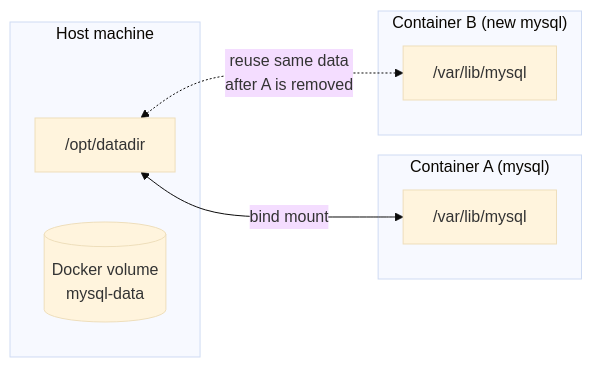
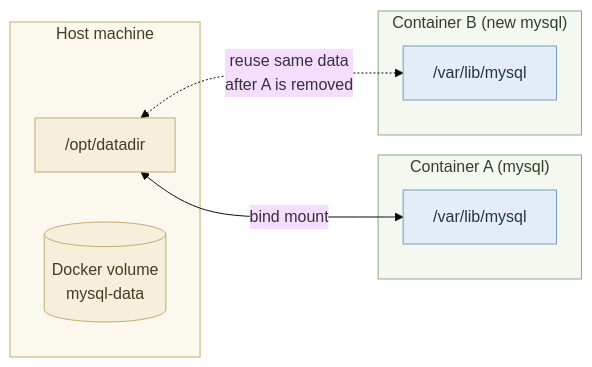
One commit to saurabhchachre013/docker101 changed the eighth of 10 diagrams in Docker101.md. Above: the diagram before and after it, drawn with Mermaid (base theme). The commit also changed other lines of this file and 2 other files, not shown here.

````diff
--- a/Docker101.md
+++ b/Docker101.md
@@ -402,15 +480,23 @@
 ```mermaid
 flowchart LR
     subgraph Host["Host machine"]
         HD["/opt/datadir"]
         VOL[("Docker volume<br/>mysql-data")]
     end
     subgraph C1["Container A (mysql)"]
         P1["/var/lib/mysql"]
     end
     subgraph C2["Container B (new mysql)"]
         P2["/var/lib/mysql"]
     end
     HD <-- "bind mount" --> P1
     HD <-. "reuse same data<br/>after A is removed" .-> P2
+
+    classDef data fill:#F5EFDC,stroke:#C2AC6E,color:#463C1F
+    classDef path fill:#E3ECF7,stroke:#7A9CC6,color:#26354A
+    class HD,VOL data
+    class P1,P2 path
+    style Host fill:#FBF8EF,stroke:#C2AC6E,color:#463C1F
+    style C1 fill:#F3F8F1,stroke:#8AAE7A,color:#2F4227
+    style C2 fill:#F3F8F1,stroke:#8AAE7A,color:#2F4227
 ```
````
